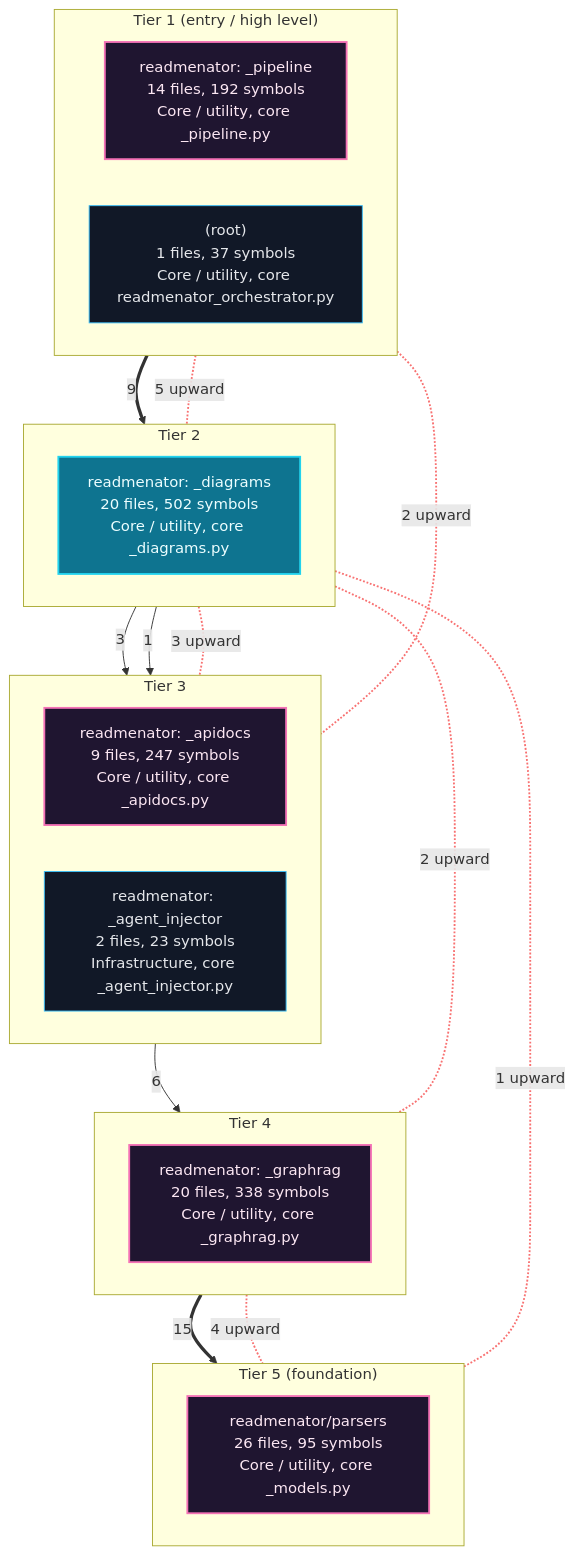
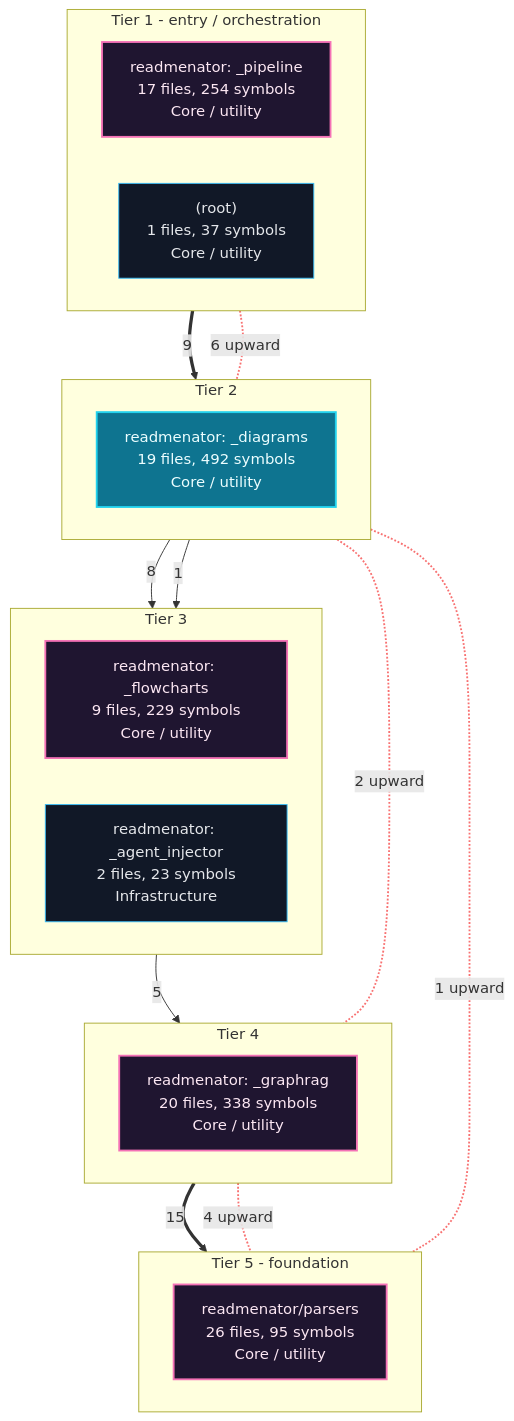
One commit to grisuno/ReadMenator changed the first of 7 diagrams in readmenator-apidocs/architecture.md. Above: the diagram before and after it, drawn with Mermaid. The commit also changed other lines of this file and 224 other files, not shown here.

Commit message:
new diagrams :D

````diff
--- a/readmenator-apidocs/architecture.md
+++ b/readmenator-apidocs/architecture.md
@@ -11,44 +11,42 @@
 ```mermaid
 flowchart TB
+    classDef cycle fill:#1f1530,stroke:#f472b6,color:#fce7f3,stroke-width:2px;
+    classDef default fill:#111827,stroke:#38bdf8,color:#e5e7eb;
     classDef entry fill:#0e7490,stroke:#22d3ee,color:#ecfeff,stroke-width:2px;
-    classDef comp fill:#111827,stroke:#38bdf8,color:#e5e7eb;
-    classDef cyc fill:#1f1530,stroke:#f472b6,color:#fce7f3,stroke-width:2px;
-    subgraph tier_0["Tier 1 (entry / high level)"]
+    subgraph lane_0["Tier 1 - entry / orchestration"]
         direction LR
-        c_c3["readmenator: _pipeline<br/>14 files, 192 symbols<br/>Core / utility, core _pipeline.py"]:::cyc
-        c_d__root_["(root)<br/>1 files, 37 symbols<br/>Core / utility, core readmenator_orchestrator.py"]:::comp
+        n_c3["readmenator: _pipeline<br/>17 files, 254 symbols<br/>Core / utility"]:::cycle
+        n_d__root_["(root)<br/>1 files, 37 symbols<br/>Core / utility"]:::default
     end
-    subgraph tier_1["Tier 2"]
+    subgraph lane_1["Tier 2"]
         direction LR
-        c_c2["readmenator: _diagrams<br/>20 files, 502 symbols<br/>Core / utility, core _diagrams.py"]:::entry
+        n_c2["readmenator: _diagrams<br/>19 files, 492 symbols<br/>Core / utility"]:::entry
     end
-    subgraph tier_2["Tier 3"]
+    subgraph lane_2["Tier 3"]
         direction LR
-        c_c4["readmenator: _apidocs<br/>9 files, 247 symbols<br/>Core / utility, core _apidocs.py"]:::cyc
-        c_c5["readmenator: _agent_injector<br/>2 files, 23 symbols<br/>Infrastructure, core _agent_injector.py"]:::comp
+        n_c4["readmenator: _flowcharts<br/>9 files, 229 symbols<br/>Core / utility"]:::cycle
+        n_c5["readmenator: _agent_injector<br/>2 files, 23 symbols<br/>Infrastructure"]:::default
     end
-    subgraph tier_3["Tier 4"]
+    subgraph lane_3["Tier 4"]
         direction LR
-        c_c0["readmenator: _graphrag<br/>20 files, 338 symbols<br/>Core / utility, core _graphrag.py"]:::cyc
+        n_c0["readmenator: _graphrag<br/>20 files, 338 symbols<br/>Core / utility"]:::cycle
     end
-    subgraph tier_4["Tier 5 (foundation)"]
+    subgraph lane_4["Tier 5 - foundation"]
         direction LR
-        c_c1["readmenator/parsers<br/>26 files, 95 symbols<br/>Core / utility, core _models.py"]:::cyc
+        n_c1["readmenator/parsers<br/>26 files, 95 symbols<br/>Core / utility"]:::cycle
     end
-    c_c3 ==>|"9"| c_c2
-    c_c2 -->|"3"| c_c4
-    c_c2 -->|"1"| c_c5
-    c_c4 -->|"6"| c_c0
-    c_c0 ==>|"15"| c_c1
-    c_c2 <-.-|"2 upward"| c_c0
-    c_c0 <-.-|"4 upward"| c_c1
-    c_c2 <-.-|"1 upward"| c_c1
-    c_c3 <-.-|"5 upward"| c_c2
-    c_c2 <-.-|"3 upward"| c_c4
-    c_c3 <-.-|"2 upward"| c_c4
-    linkStyle 5,6,7,8,9,10 stroke:#f87171,stroke-width:2px;
-    c_c3 ~~~ c_c2
-    c_c2 ~~~ c_c4
-    c_c4 ~~~ c_c0
-    c_c0 ~~~ c_c1
+    n_c0 ==>|"15"| n_c1
+    n_c2 -->|"8"| n_c4
+    n_c2 -->|"1"| n_c5
+    n_c3 ==>|"9"| n_c2
+    n_c4 -->|"5"| n_c0
+    n_c2 <-.-|"2 upward"| n_c0
+    n_c0 <-.-|"4 upward"| n_c1
+    n_c2 <-.-|"1 upward"| n_c1
+    n_c3 <-.-|"6 upward"| n_c2
+    linkStyle 5,6,7,8 stroke:#f87171,stroke-width:2px;
+    n_c3 ~~~ n_c2
+    n_c2 ~~~ n_c4
+    n_c4 ~~~ n_c0
+    n_c0 ~~~ n_c1
 ```
````
